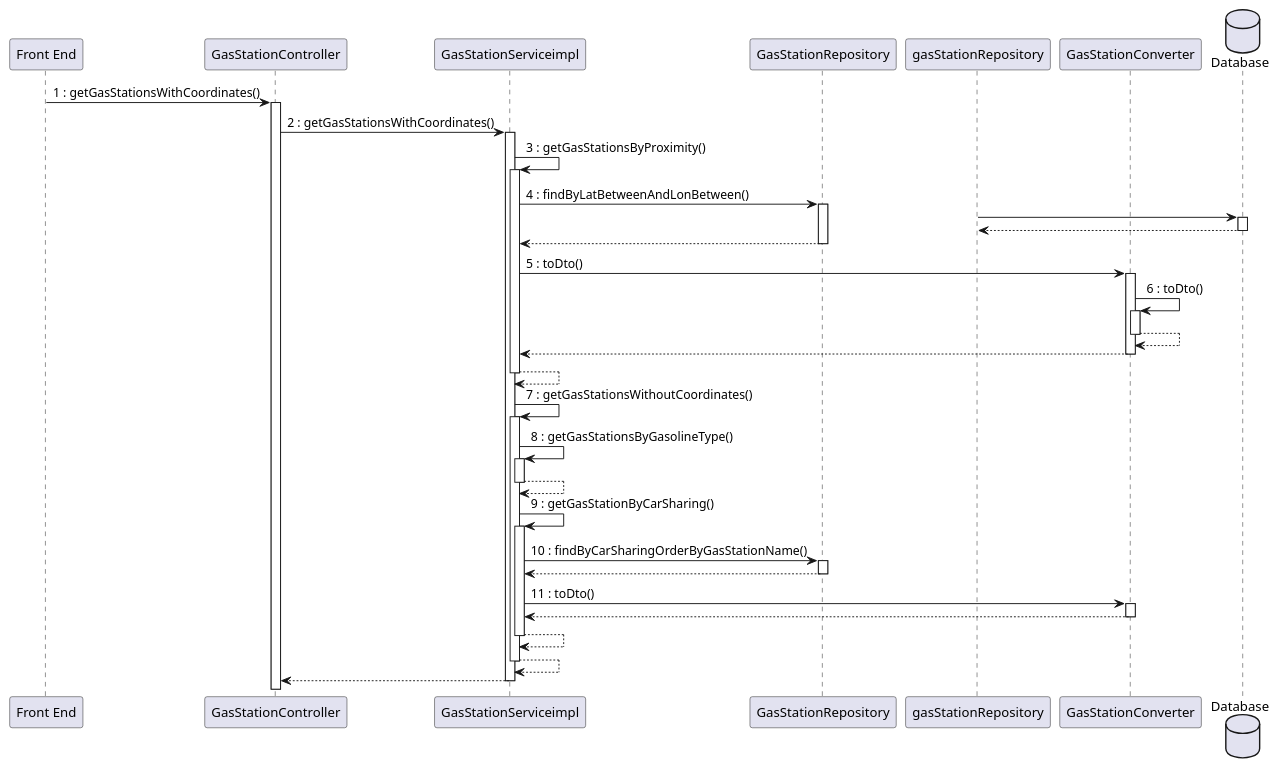
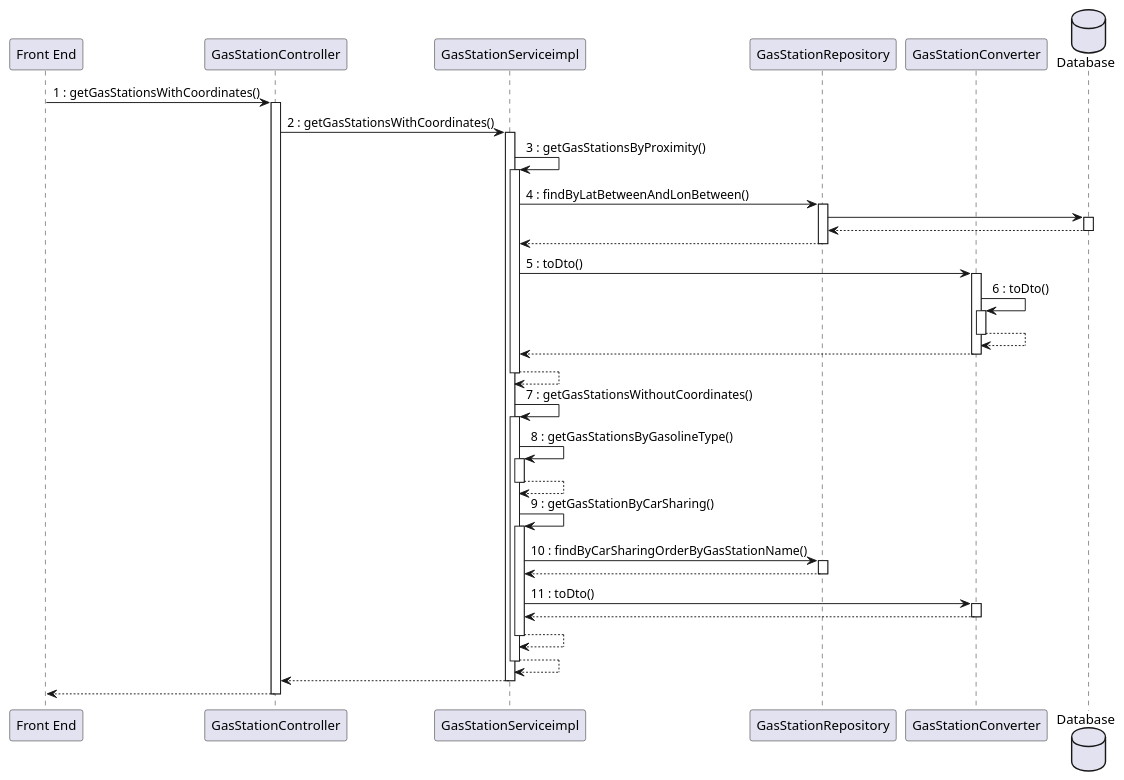
Diagram 12 of 15 in docs/DesignDocument.md (mosTavassoli/ezgas), drawn with PlantUML before and after one commit.

Commit message:
docs(DesignDocument): fix sequence diagram

````diff
--- a/docs/DesignDocument.md
+++ b/docs/DesignDocument.md
@@ -834,40 +834,41 @@
 ```plantuml
 database Database order 30
 "Front End" -> GasStationController:1 : getGasStationsWithCoordinates()
 activate GasStationController
 GasStationController -> GasStationServiceimpl:2 : getGasStationsWithCoordinates()
 activate GasStationServiceimpl
 
 GasStationServiceimpl -> GasStationServiceimpl: 3 : getGasStationsByProximity()
 activate GasStationServiceimpl
 GasStationServiceimpl -> GasStationRepository: 4 : findByLatBetweenAndLonBetween()
 activate GasStationRepository
-gasStationRepository -> Database
+GasStationRepository -> Database
 activate Database
 return
 return
 GasStationServiceimpl -> GasStationConverter: 5 : toDto()
 activate GasStationConverter
 GasStationConverter -> GasStationConverter: 6 : toDto()
 activate GasStationConverter
 return
 return
 return
 
 GasStationServiceimpl -> GasStationServiceimpl: 7 : getGasStationsWithoutCoordinates()
 activate GasStationServiceimpl
 GasStationServiceimpl -> GasStationServiceimpl: 8 : getGasStationsByGasolineType()
 activate GasStationServiceimpl
 return
 GasStationServiceimpl -> GasStationServiceimpl: 9 : getGasStationByCarSharing()
 activate GasStationServiceimpl
 GasStationServiceimpl -> GasStationRepository: 10 : findByCarSharingOrderByGasStationName()
 activate GasStationRepository
 return
 GasStationServiceimpl -> GasStationConverter: 11 : toDto()
 activate GasStationConverter
 return
 return
 return
 return
+return
 ```
````
